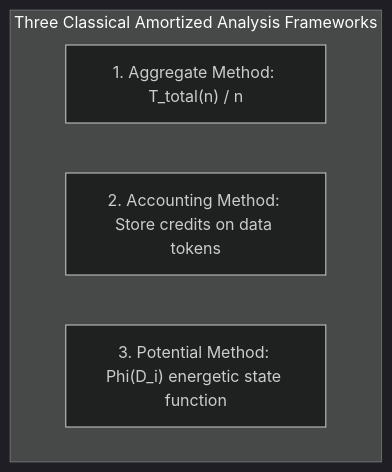
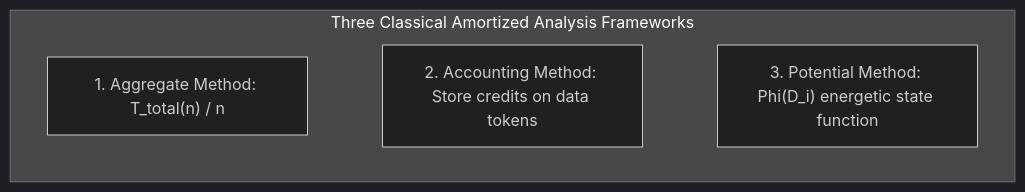
The fourth of 6 diagrams in algorithms/dsa/modules/01-models-of-computation-and-asymptotics.md (espoem/zero-to-one), drawn with Mermaid (dark theme) before and after one commit. The commit also changed other lines of this file and 171 other files, not shown here.

Commit message:
fix(curriculum): repair LaTeX and KaTeX math blocks, heading uniqueness, and diagram constraints

````diff
--- a/algorithms/dsa/modules/01-models-of-computation-and-asymptotics.md
+++ b/algorithms/dsa/modules/01-models-of-computation-and-asymptotics.md
@@ -138,8 +138,9 @@
 ```mermaid
 flowchart TD
     subgraph Methods["Three Classical Amortized Analysis Frameworks"]
         Agg["1. Aggregate Method: T_total(n) / n"]
         Acc["2. Accounting Method: Store credits on data tokens"]
         Pot["3. Potential Method: Phi(D_i) energetic state function"]
+        Agg ~~~ Acc ~~~ Pot
     end
 ```
````
